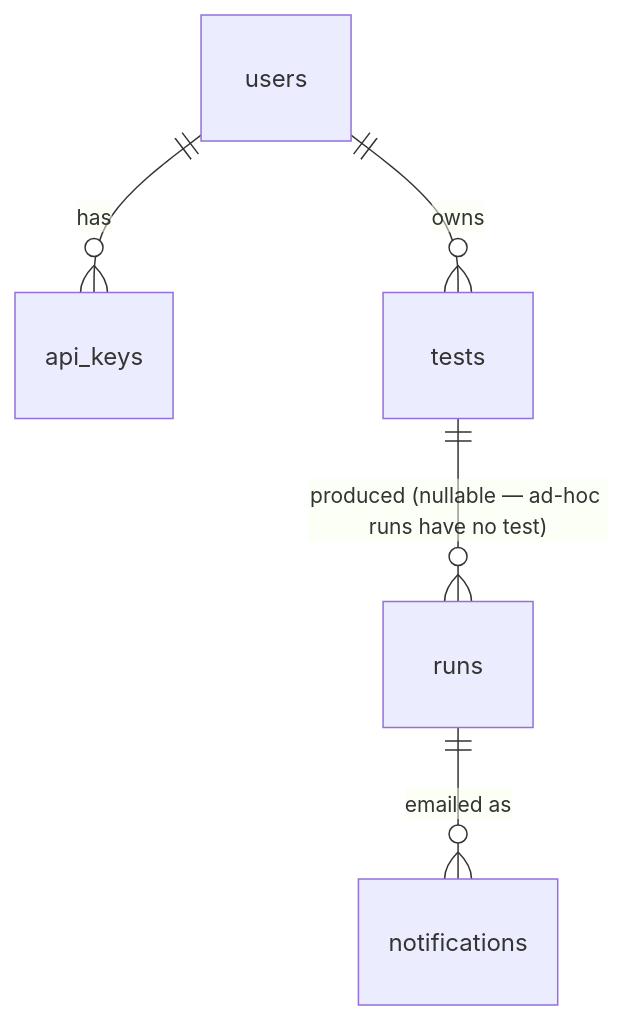
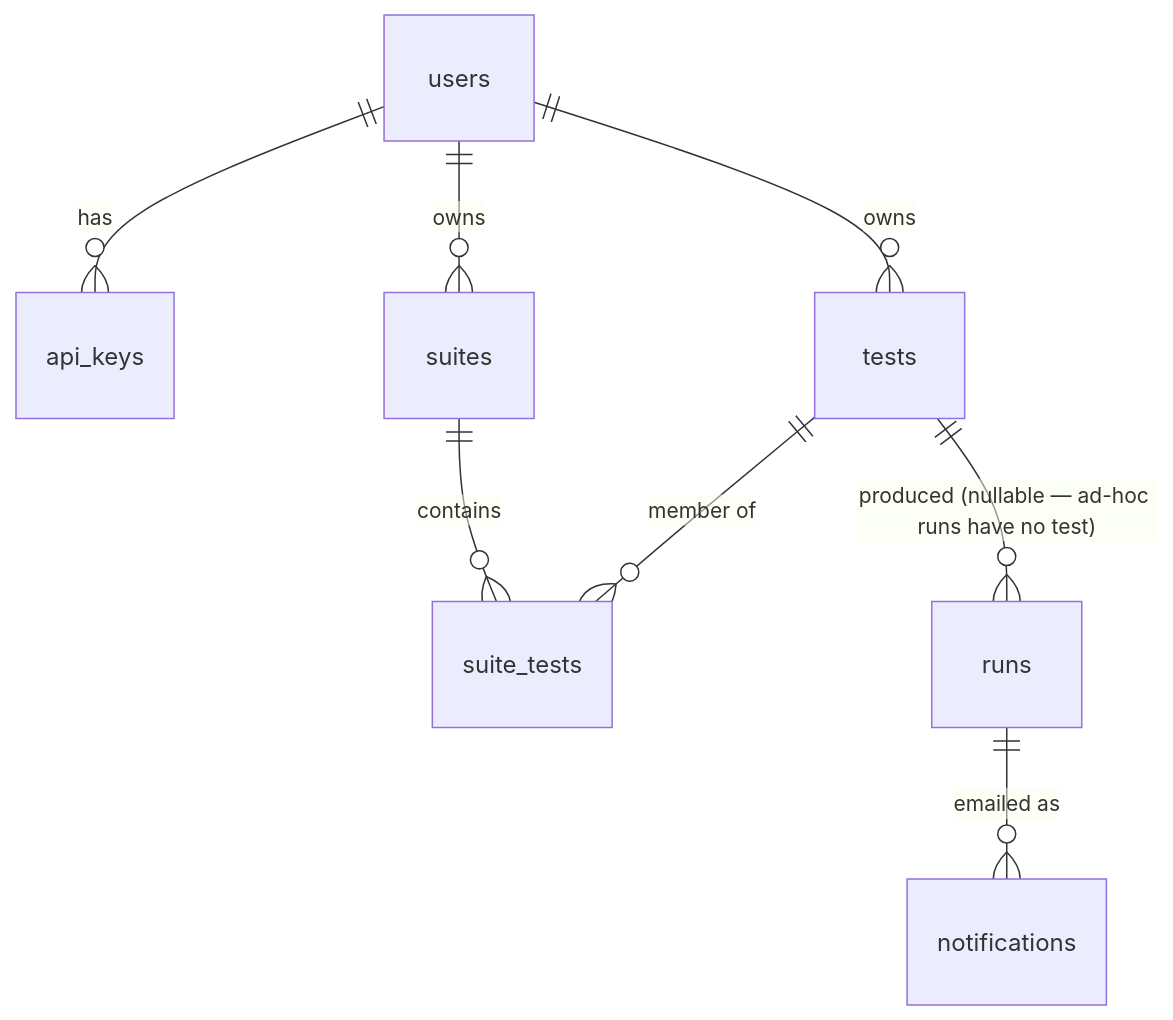
One commit to rszhd/qassist changed the diagram in db/README.md. Above: the diagram before and after it, drawn with Mermaid. The commit also changed other lines of this file and 20 other files, not shown here.

First line of the commit message:
Add Postgres control plane: saved tests, suites, durable run history (US-009)

````diff
--- a/db/README.md
+++ b/db/README.md
@@ -22,7 +22,10 @@
 ```mermaid
 erDiagram
   users ||--o{ api_keys : has
   users ||--o{ tests : owns
+  users ||--o{ suites : owns
+  suites ||--o{ suite_tests : contains
+  tests ||--o{ suite_tests : "member of"
   tests ||--o{ runs : "produced (nullable — ad-hoc runs have no test)"
   runs  ||--o{ notifications : "emailed as"
 ```
````
